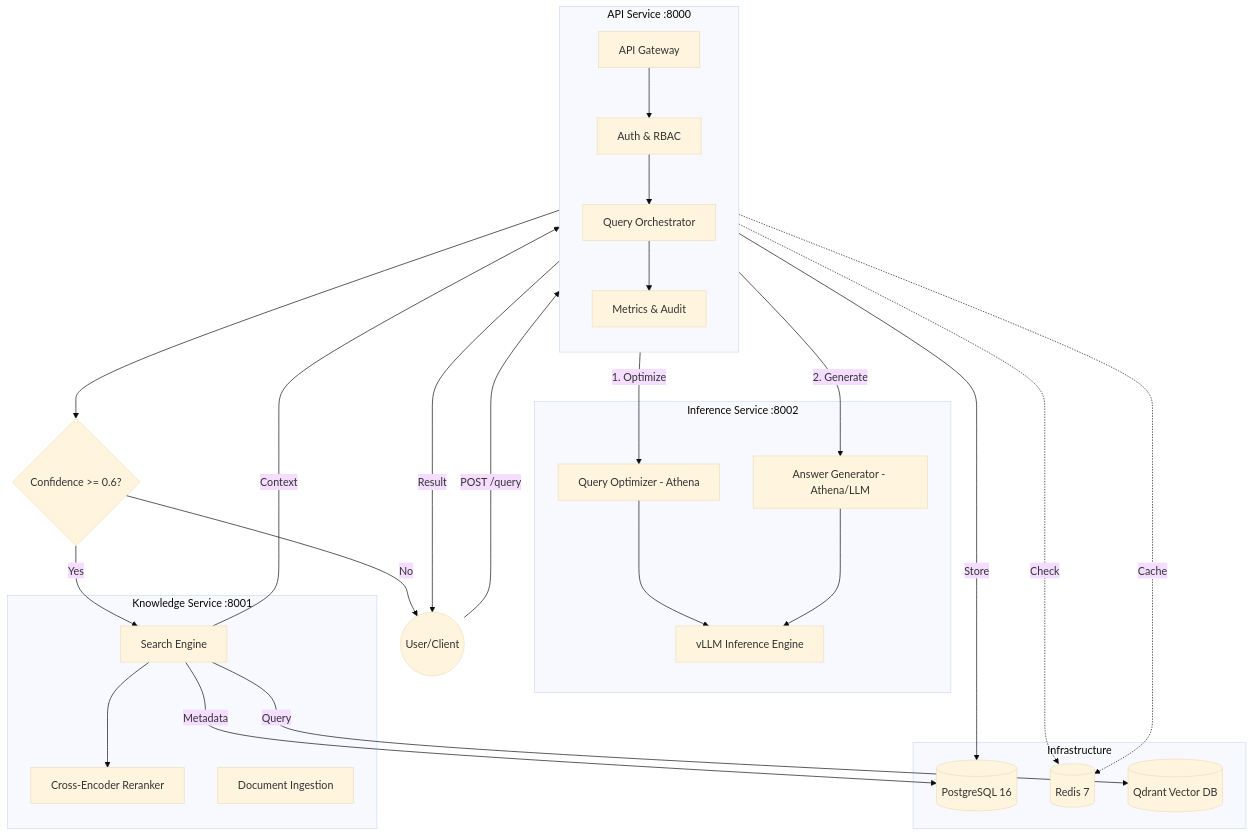
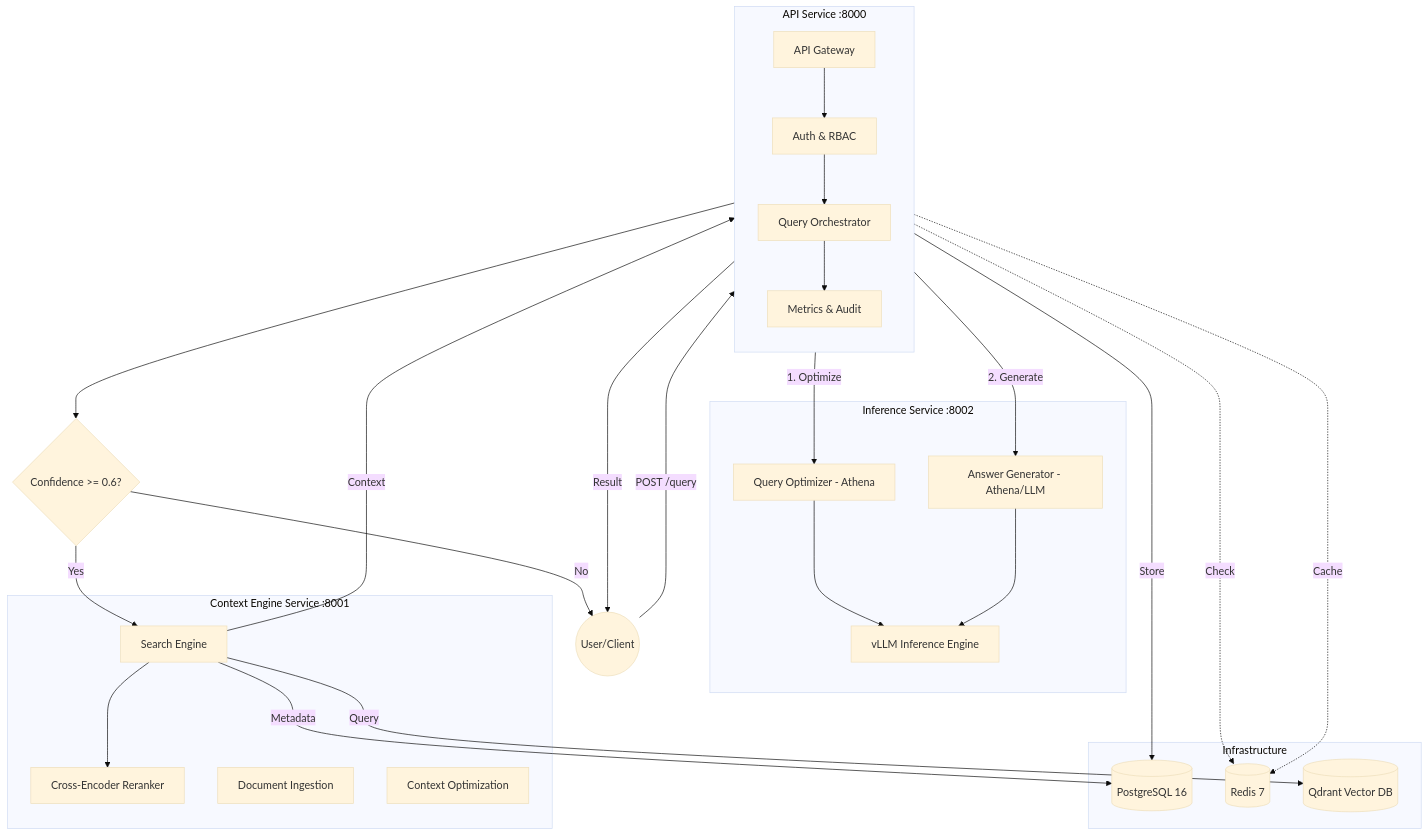
Before and after one commit to abi-commits/enterprise-slm-agent: the diagram in README.md, drawn with Mermaid (base theme). The commit also changed other lines of this file and 55 other files, not shown here.

Commit message:
refactor: rename Knowledge Service to Context Engineer Service and implement context optimization with token budgeting, Jinja2 templating, and multi-query support

````diff
--- a/README.md
+++ b/README.md
@@ -27,68 +27,69 @@
 ```mermaid
 graph TD
     %% User Layer
     User((User/Client))
 
     %% API Service Layer
     subgraph API_Service [API Service :8000]
         direction TB
         Gateway[API Gateway]
         Auth[Auth & RBAC]
         Orchestrator[Query Orchestrator]
         Metrics[Metrics & Audit]
     end
 
     %% Inference Service Layer
     subgraph Inference_Service [Inference Service :8002]
         Optimizer[Query Optimizer - Athena]
         Generator[Answer Generator - Athena/LLM]
         vLLM[vLLM Inference Engine]
     end
 
-    %% Knowledge Service Layer
-    subgraph Knowledge_Service [Knowledge Service :8001]
+    %% Context Engine Service Layer
+    subgraph Context_Engine_Service [Context Engine Service :8001]
         Search[Search Engine]
         Reranker[Cross-Encoder Reranker]
         Ingestion[Document Ingestion]
+        ContextOpt[Context Optimization]
     end
 
     %% Data Layer
     subgraph Infrastructure
         Postgres[(PostgreSQL 16)]
         Redis[(Redis 7)]
         Qdrant[(Qdrant Vector DB)]
     end
 
     %% Request Flow
     User -->|POST /query| Gateway
     Gateway --> Auth
     Auth --> Orchestrator
 
     %% Step 1: Optimization
     Orchestrator -->|1. Optimize| Optimizer
     Optimizer --> vLLM
 
     %% Decision Point
     Orchestrator --> Decision{Confidence >= 0.6?}
     Decision -->|No| User
     
     %% Step 2: Retrieval
     Decision -->|Yes| Search
     Search -->|Query| Qdrant
     Search -->|Metadata| Postgres
     Search --> Reranker
     
     %% Step 3: Generation
     Search -->|Context| Orchestrator
     Orchestrator -->|2. Generate| Generator
     Generator --> vLLM
     
     %% Final Step
     Orchestrator --> Metrics
     Metrics -->|Store| Postgres
     Orchestrator -->|Result| User
 
     %% Caching & Rate Limiting
     Gateway -.->|Check| Redis
     Orchestrator -.->|Cache| Redis
 ```
````
